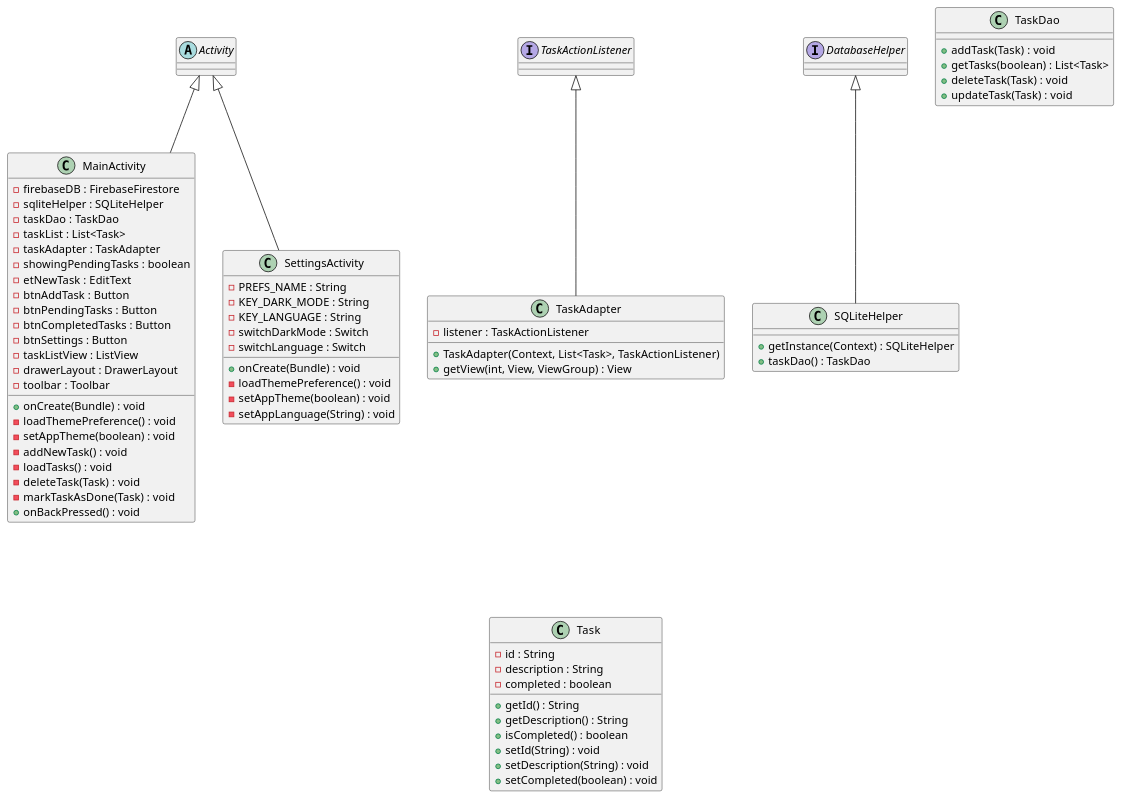
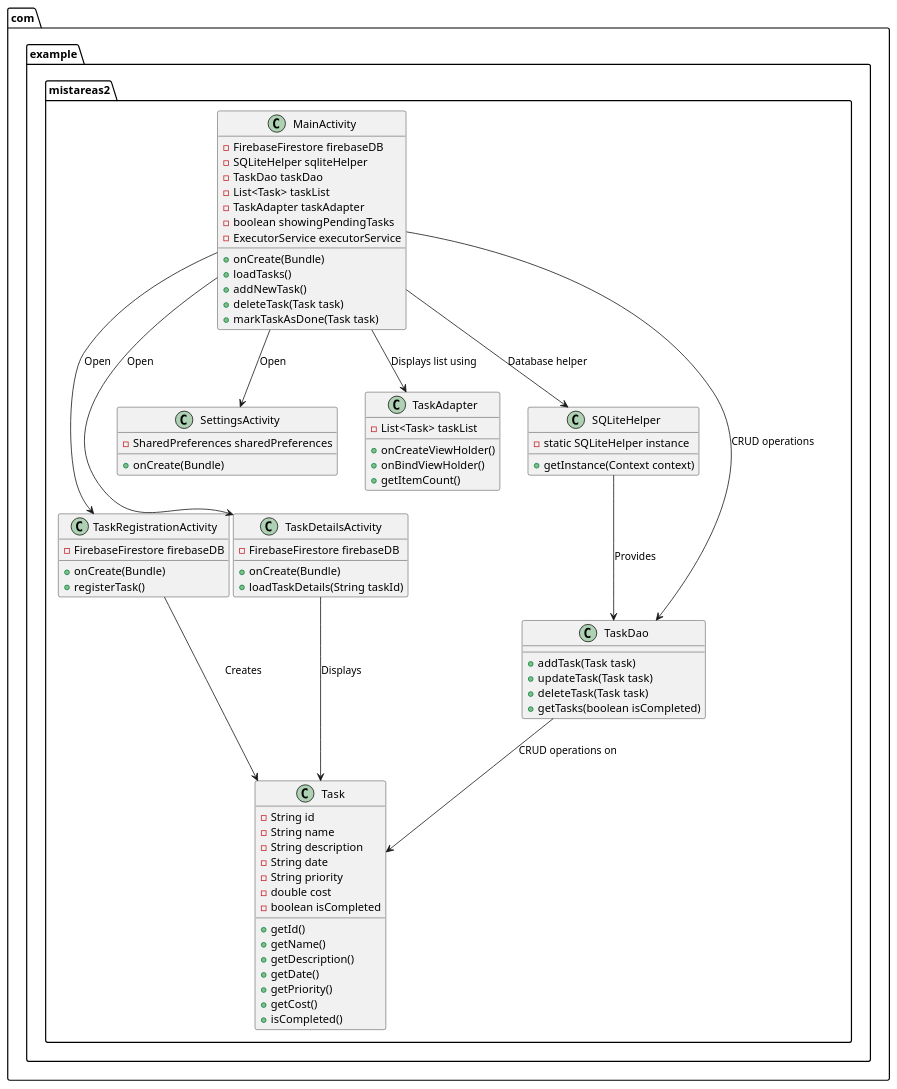
One commit to Jaime-Lopez-Diaz-Parcial-1-Eventos/MisTareas2 changed the diagram in app/src/main/java/uml/UMLClases-mistareas2.puml. Above: the diagram before and after it, drawn with PlantUML. The commit also changed 14 other files, not shown here.

```diff
--- a/app/src/main/java/uml/UMLClases-mistareas2.puml
+++ b/app/src/main/java/uml/UMLClases-mistareas2.puml
@@ -1,81 +1,85 @@
 @startuml
 
-abstract class Activity
-interface TaskActionListener
-interface DatabaseHelper
+package com.example.mistareas2 {
 
-TaskActionListener <|-- TaskAdapter
-Activity <|-- MainActivity
-Activity <|-- SettingsActivity
-DatabaseHelper <|-- SQLiteHelper
+    class MainActivity {
+        - FirebaseFirestore firebaseDB
+        - SQLiteHelper sqliteHelper
+        - TaskDao taskDao
+        - List<Task> taskList
+        - TaskAdapter taskAdapter
+        - boolean showingPendingTasks
+        - ExecutorService executorService
+        + onCreate(Bundle)
+        + loadTasks()
+        + addNewTask()
+        + deleteTask(Task task)
+        + markTaskAsDone(Task task)
+    }
 
-class MainActivity {
-    - firebaseDB : FirebaseFirestore
-    - sqliteHelper : SQLiteHelper
-    - taskDao : TaskDao
-    - taskList : List<Task>
-    - taskAdapter : TaskAdapter
-    - showingPendingTasks : boolean
-    - etNewTask : EditText
-    - btnAddTask : Button
-    - btnPendingTasks : Button
-    - btnCompletedTasks : Button
-    - btnSettings : Button
-    - taskListView : ListView
-    - drawerLayout : DrawerLayout
-    - toolbar : Toolbar
-    + onCreate(Bundle) : void
-    - loadThemePreference() : void
-    - setAppTheme(boolean) : void
-    - addNewTask() : void
-    - loadTasks() : void
-    - deleteTask(Task) : void
-    - markTaskAsDone(Task) : void
-    + onBackPressed() : void
+    class TaskRegistrationActivity {
+        - FirebaseFirestore firebaseDB
+        + onCreate(Bundle)
+        + registerTask()
+    }
+
+    class TaskDetailsActivity {
+        - FirebaseFirestore firebaseDB
+        + onCreate(Bundle)
+        + loadTaskDetails(String taskId)
+    }
+
+    class SettingsActivity {
+        - SharedPreferences sharedPreferences
+        + onCreate(Bundle)
+    }
+
+    class TaskAdapter {
+        - List<Task> taskList
+        + onCreateViewHolder()
+        + onBindViewHolder()
+        + getItemCount()
+    }
+
+    class SQLiteHelper {
+        - static SQLiteHelper instance
+        + getInstance(Context context)
+    }
+
+    class TaskDao {
+        + addTask(Task task)
+        + updateTask(Task task)
+        + deleteTask(Task task)
+        + getTasks(boolean isCompleted)
+    }
+
+    class Task {
+        - String id
+        - String name
+        - String description
+        - String date
+        - String priority
+        - double cost
+        - boolean isCompleted
+        + getId()
+        + getName()
+        + getDescription()
+        + getDate()
+        + getPriority()
+        + getCost()
+        + isCompleted()
+    }
 }
 
-class SettingsActivity {
-    - PREFS_NAME : String
-    - KEY_DARK_MODE : String
-    - KEY_LANGUAGE : String
-    - switchDarkMode : Switch
-    - switchLanguage : Switch
-    + onCreate(Bundle) : void
-    - loadThemePreference() : void
-    - setAppTheme(boolean) : void
-    - setAppLanguage(String) : void
-}
-
-class TaskAdapter {
-    - listener : TaskActionListener
-    + TaskAdapter(Context, List<Task>, TaskActionListener)
-    + getView(int, View, ViewGroup) : View
-}
-
-class SQLiteHelper {
-    + getInstance(Context) : SQLiteHelper
-    + taskDao() : TaskDao
-}
-
-class TaskDao {
-    + addTask(Task) : void
-    + getTasks(boolean) : List<Task>
-    + deleteTask(Task) : void
-    + updateTask(Task) : void
-}
-
-class Task {
-    - id : String
-    - description : String
-    - completed : boolean
-    + getId() : String
-    + getDescription() : String
-    + isCompleted() : boolean
-    + setId(String) : void
-    + setDescription(String) : void
-    + setCompleted(boolean) : void
-}
-
-TaskAdapter -[HIDDEN]--> Task
+MainActivity --> TaskRegistrationActivity : "Open"
+MainActivity --> TaskDetailsActivity : "Open"
+MainActivity --> SettingsActivity : "Open"
+MainActivity --> TaskAdapter : "Displays list using"
+MainActivity --> TaskDao : "CRUD operations"
+MainActivity --> SQLiteHelper : "Database helper"
+TaskRegistrationActivity --> Task : "Creates"
+TaskDetailsActivity --> Task : "Displays"
+TaskDao --> Task : "CRUD operations on"
+SQLiteHelper --> TaskDao : "Provides"
 
 @enduml
```
